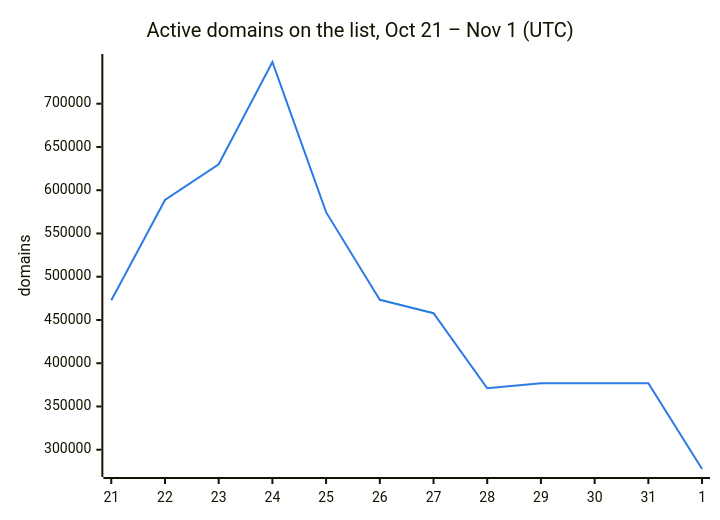
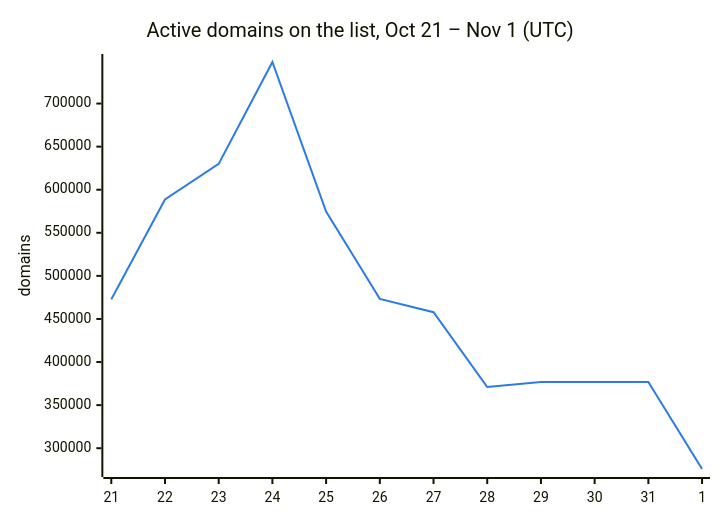
One commit to DNSBunker/CTI changed the second of 3 diagrams in README.md. Above: the diagram before and after it, drawn with Mermaid. The commit also changed other lines of this file and 3 other files, not shown here.

````diff
--- a/README.md
+++ b/README.md
@@ -38,8 +38,8 @@
 ```mermaid
 %%{init: {"themeVariables": {"xyChart": {"plotColorPalette": "#2c7be5"}}}}%%
 xychart-beta
     title "Active domains on the list, Oct 21 – Nov 1 (UTC)"
     x-axis ["21", "22", "23", "24", "25", "26", "27", "28", "29", "30", "31", "1"]
     y-axis "domains"
-    line [472713, 588659, 629951, 748222, 574614, 473331, 457795, 371010, 376945, 376945, 376945, 277732]
+    line [472713, 588659, 629951, 748222, 574614, 473331, 457795, 371010, 376945, 376945, 376945, 275867]
 ```
````
